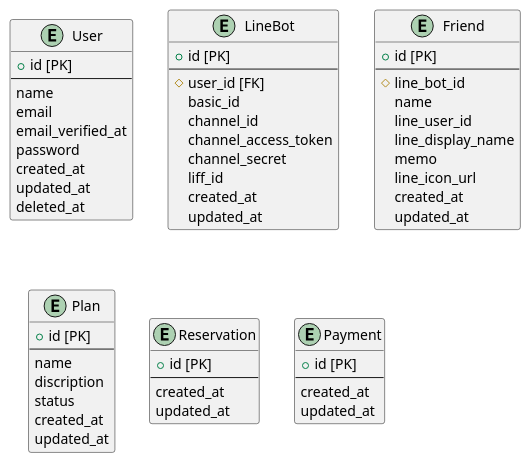
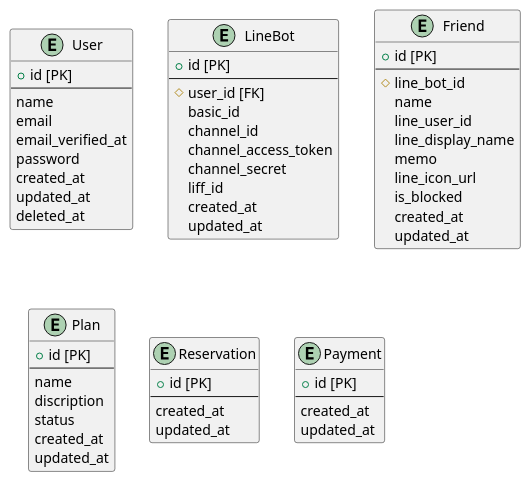
Before and after one commit to Gaku301/line-yoyaku: the diagram in src/database/er/er.puml, drawn with PlantUML. The commit also changed 6 other files, not shown here.

```diff
--- a/src/database/er/er.puml
+++ b/src/database/er/er.puml
@@ -1,71 +1,72 @@
 @startuml
 
 ' ユーザー情報テーブル
 entity User {
     + id [PK]
     ---
     name
     email
     email_verified_at
     password
     created_at
     updated_at
     deleted_at
 }
 
 ' 公式LINEの情報テーブル
 entity LineBot {
     + id [PK]
     ---
     # user_id [FK]
     basic_id
     channel_id
     channel_access_token
     channel_secret
     liff_id
     created_at
     updated_at
 }
 
 ' LINE友だち情報のテーブル
 entity Friend {
     + id [PK]
     ---
     # line_bot_id
     name
     line_user_id
     line_display_name
     memo
     line_icon_url
+    is_blocked
     created_at
     updated_at
 }
 
 ' 予約プランテーブル
 entity Plan {
     + id [PK]
     ---
     name
     discription
     status
     created_at
     updated_at
 }
 
 ' 予約テーブル
 entity Reservation {
     + id [PK]
     ---
     created_at
     updated_at
 }
 
 ' 支払い情報のテーブル
 entity Payment {
     + id [PK]
     ---
     created_at
     updated_at
 }
 
 @enduml
```
